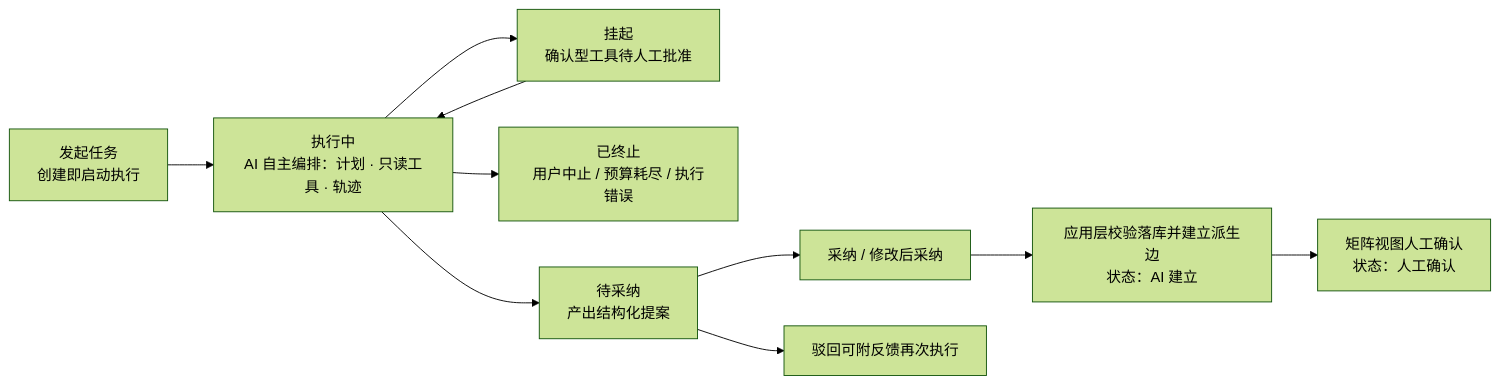
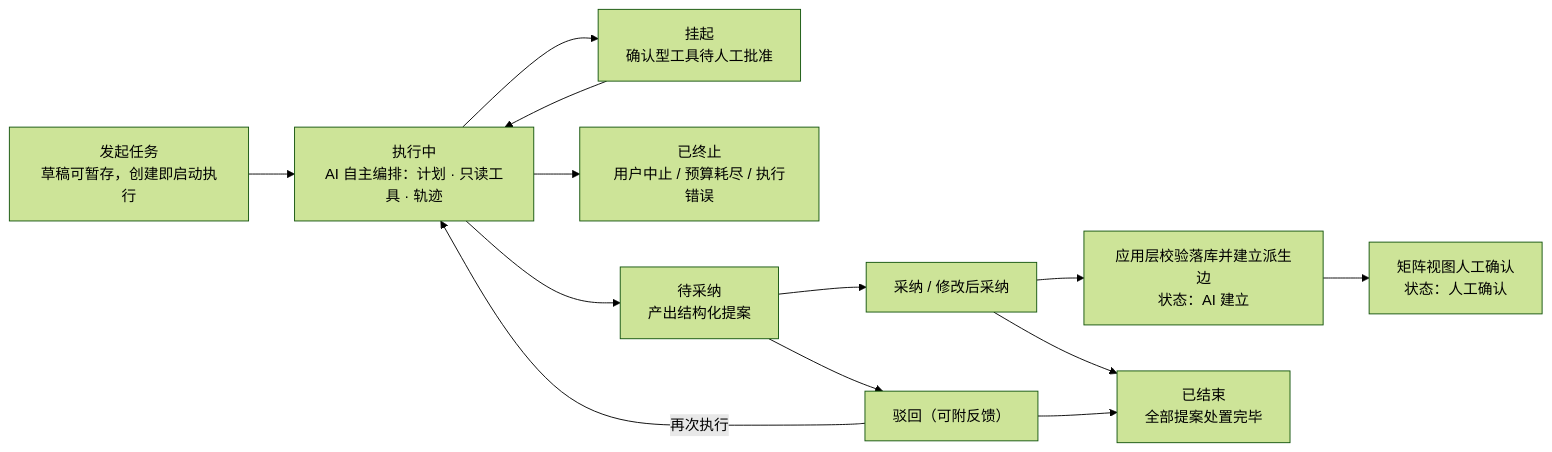
The first of 2 diagrams in docs/02-high-level-design/07-ai-capability/02-hld-ai-capability.md (XiaoMiSum/robotest), drawn with Mermaid (forest theme) before and after one commit. The commit also changed other lines of this file and 25 other files, not shown here.

Commit message:
📝 docs(ai): 五切片并行审计修复 AI Task 残留——数据接口 ER/状态机/术语/判据全量对齐新架构

````diff
--- a/docs/02-high-level-design/07-ai-capability/02-hld-ai-capability.md
+++ b/docs/02-high-level-design/07-ai-capability/02-hld-ai-capability.md
@@ -110,12 +110,15 @@
 ```mermaid
 flowchart LR
-    A[发起任务<br/>创建即启动执行] --> C[执行中<br/>AI 自主编排：计划 · 只读工具 · 轨迹]
+    A[发起任务<br/>草稿可暂存，创建即启动执行] --> C[执行中<br/>AI 自主编排：计划 · 只读工具 · 轨迹]
     C --> W[挂起<br/>确认型工具待人工批准]
     W --> C
     C --> X[已终止<br/>用户中止 / 预算耗尽 / 执行错误]
     C --> F[待采纳<br/>产出结构化提案]
     F --> G[采纳 / 修改后采纳]
-    F --> H[驳回可附反馈再次执行]
+    F --> H[驳回（可附反馈）]
     G --> I[应用层校验落库并建立派生边<br/>状态：AI 建立]
     I --> J[矩阵视图人工确认<br/>状态：人工确认]
+    G --> K[已结束<br/>全部提案处置完毕]
+    H --> K
+    H -- 再次执行 --> C
 ```
````
